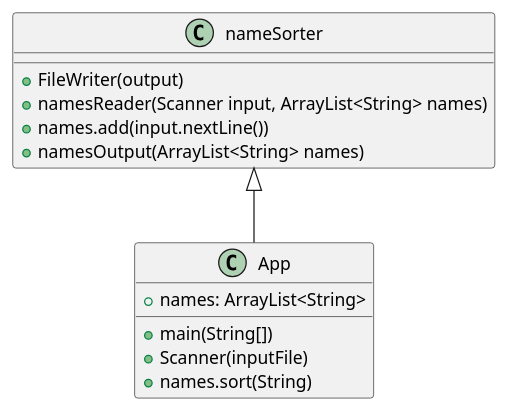
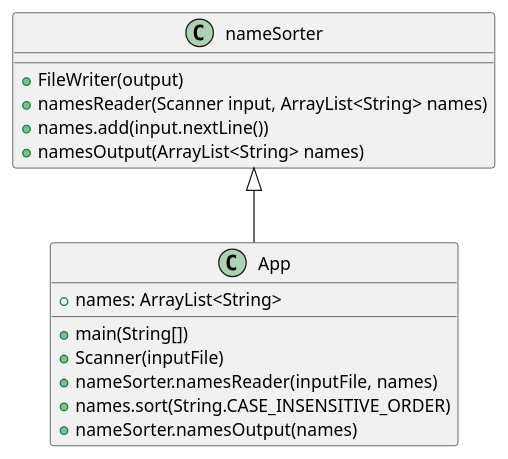
One commit to carolinacrduarte/duarte-cop3330-assignment3 changed the diagram in src/main/java/ex41/ex41.puml. Above: the diagram before and after it, drawn with PlantUML. The commit also changed 15 other files, not shown here.

Commit message:
ex 42 and 43 codes, diagrams and tests.

```diff
--- a/src/main/java/ex41/ex41.puml
+++ b/src/main/java/ex41/ex41.puml
@@ -1,17 +1,20 @@
 @startuml
 class nameSorter {
   +FileWriter(output)
   +namesReader(Scanner input, ArrayList<String> names)
   +names.add(input.nextLine())
   +namesOutput(ArrayList<String> names)
 }
 
 class App {
   +names: ArrayList<String>
   +main(String[])
   +Scanner(inputFile)
-  +names.sort(String)
+  +nameSorter.namesReader(inputFile, names)
+  +names.sort(String.CASE_INSENSITIVE_ORDER)
+  +nameSorter.namesOutput(names)
+
 }
 
 nameSorter <|-- App
 @enduml
```
